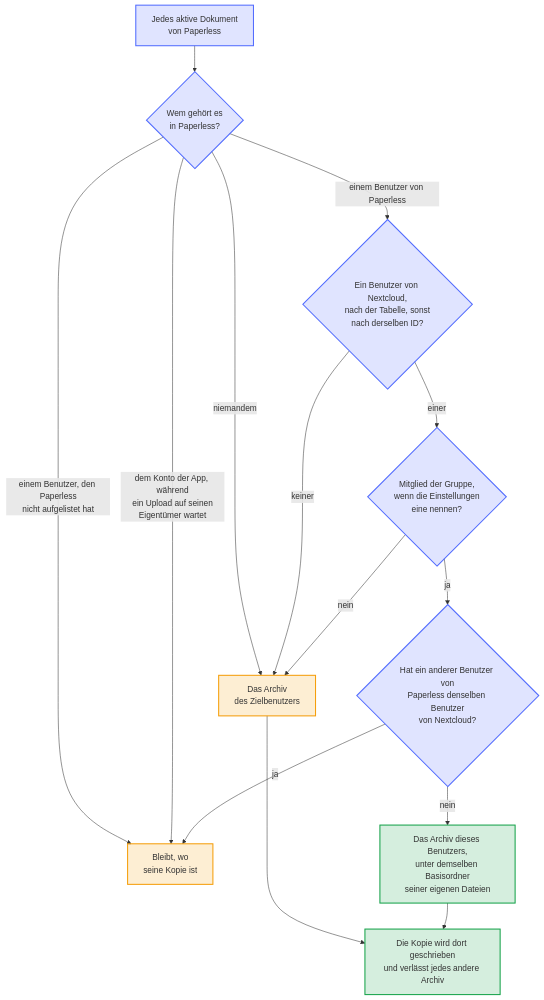
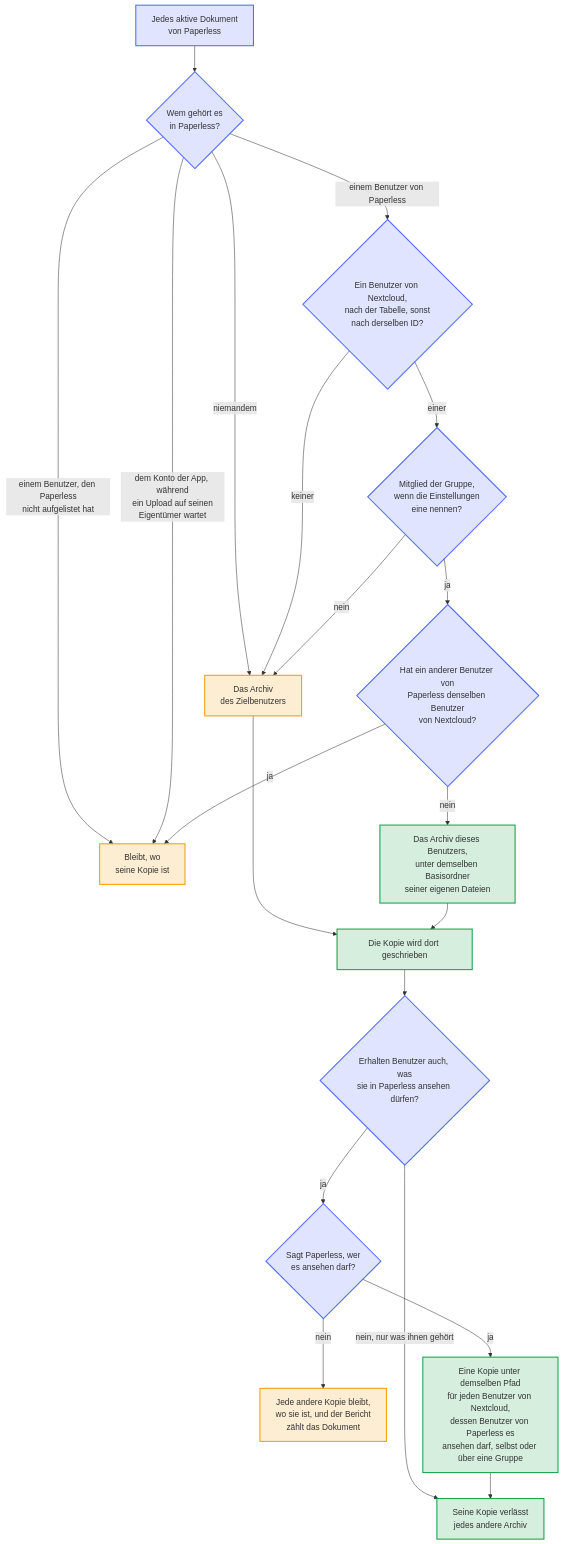
One commit to Dennis-Otto/paperless-sync changed the diagram in docs/diagrams/whose-archive-a-document-goes-to.de.mmd. Above: the diagram before and after it, drawn with Mermaid. The commit also changed 58 other files, not shown here.

First line of the commit message:
feat(archive): give each user also the documents that Paperless shares with them (#312)

```diff
--- a/docs/diagrams/whose-archive-a-document-goes-to.de.mmd
+++ b/docs/diagrams/whose-archive-a-document-goes-to.de.mmd
@@ -1,23 +1,29 @@
 flowchart TB
     accTitle: In wessen Archiv ein Dokument kommt
-    accDescr: Beim Eigentum je Benutzer fragt ein Lauf bei jedem aktiven Dokument, wem es in Paperless gehört. Ein Dokument ohne Eigentümer kommt zum Zielbenutzer. Ein Dokument, dessen Eigentümer Paperless nicht aufgelistet hat oder das dem Konto der App gehört, während ein Upload auf seinen Eigentümer wartet, bleibt, wo seine Kopie ist. Für jeden anderen Eigentümer sucht der Lauf genau einen Benutzer von Nextcloud: den, den die Tabelle Paperless-Benutzer mit einer anderen Nextcloud-ID nennt, sonst den mit derselben ID, gleich in welcher Schreibung. Ohne solchen Benutzer oder außerhalb der Gruppe der Einstellung kommt das Dokument zum Zielbenutzer, damit keines verloren geht. Hat ein anderer Benutzer von Paperless denselben Benutzer von Nextcloud, bleibt es, wo seine Kopie ist, denn der Lauf rät nicht. Die Verbindungs-Checkliste nennt jeden Fall. Sonst kommt es zu diesem Benutzer. Seine Kopie wird im Archiv dieses Benutzers geschrieben, unter demselben Basisordner seiner eigenen Dateien, und verlässt jedes andere Archiv.
+    accDescr: Beim Eigentum je Benutzer fragt ein Lauf bei jedem aktiven Dokument, wem es in Paperless gehört. Ein Dokument ohne Eigentümer kommt zum Zielbenutzer. Ein Dokument, dessen Eigentümer Paperless nicht aufgelistet hat oder das dem Konto der App gehört, während ein Upload auf seinen Eigentümer wartet, bleibt, wo seine Kopie ist. Für jeden anderen Eigentümer sucht der Lauf genau einen Benutzer von Nextcloud: den, den die Tabelle Paperless-Benutzer mit einer anderen Nextcloud-ID nennt, sonst den mit derselben ID, gleich in welcher Schreibung. Ohne solchen Benutzer oder außerhalb der Gruppe der Einstellung kommt das Dokument zum Zielbenutzer, damit keines verloren geht. Hat ein anderer Benutzer von Paperless denselben Benutzer von Nextcloud, bleibt es, wo seine Kopie ist, denn der Lauf rät nicht. Die Verbindungs-Checkliste nennt jeden Fall. Sonst kommt es zu diesem Benutzer. Seine Kopie wird im Archiv dieses Benutzers geschrieben, unter demselben Basisordner seiner eigenen Dateien. Mit der Option, die Benutzern auch gibt, was sie ansehen dürfen, fragt der Lauf dann Paperless, wer das Dokument ansehen darf. Sagt Paperless es nicht, bleibt jede andere Kopie, wo sie ist, und der Bericht zählt das Dokument. Sonst erhält jeder Benutzer von Nextcloud, dessen Benutzer von Paperless es ansehen darf, selbst oder über eine Gruppe, eine Kopie unter demselben Pfad. Dann verlässt seine Kopie jedes andere Archiv.
 
     document["Jedes aktive Dokument<br>von Paperless"] --> owner{"Wem gehört es<br>in Paperless?"}
     owner -->|niemandem| target["Das Archiv<br>des Zielbenutzers"]
     owner -->|einem Benutzer, den Paperless<br>nicht aufgelistet hat| held["Bleibt, wo<br>seine Kopie ist"]
     owner -->|dem Konto der App, während<br>ein Upload auf seinen<br>Eigentümer wartet| held
     owner -->|einem Benutzer von Paperless| match{"Ein Benutzer von Nextcloud,<br>nach der Tabelle, sonst<br>nach derselben ID?"}
     match -->|keiner| target
     match -->|einer| group{"Mitglied der Gruppe,<br>wenn die Einstellungen<br>eine nennen?"}
     group -->|nein| target
     group -->|ja| shared{"Hat ein anderer Benutzer von<br>Paperless denselben Benutzer<br>von Nextcloud?"}
     shared -->|ja| held
     shared -->|nein| user["Das Archiv dieses Benutzers,<br>unter demselben Basisordner<br>seiner eigenen Dateien"]
-    target --> copy["Die Kopie wird dort geschrieben<br>und verlässt jedes andere Archiv"]
+    target --> copy["Die Kopie wird dort geschrieben"]
     user --> copy
+    copy --> option{"Erhalten Benutzer auch, was<br>sie in Paperless ansehen dürfen?"}
+    option -->|nein, nur was ihnen gehört| leaves["Seine Kopie verlässt<br>jedes andere Archiv"]
+    option -->|ja| viewers{"Sagt Paperless, wer<br>es ansehen darf?"}
+    viewers -->|nein| stays["Jede andere Kopie bleibt,<br>wo sie ist, und der Bericht<br>zählt das Dokument"]
+    viewers -->|ja| also["Eine Kopie unter demselben Pfad<br>für jeden Benutzer von Nextcloud,<br>dessen Benutzer von Paperless es<br>ansehen darf, selbst oder über eine Gruppe"]
+    also --> leaves
     classDef check fill:#526cfe2e,stroke:#526cfe,stroke-width:2px
     classDef kept fill:#16a34a2e,stroke:#16a34a,stroke-width:2px
     classDef changed fill:#f59e0b2e,stroke:#f59e0b,stroke-width:2px
-    class document,owner,match,group,shared check
-    class user,copy kept
-    class target,held changed
+    class document,owner,match,group,shared,option,viewers check
+    class user,copy,also,leaves kept
+    class target,held,stays changed
```
